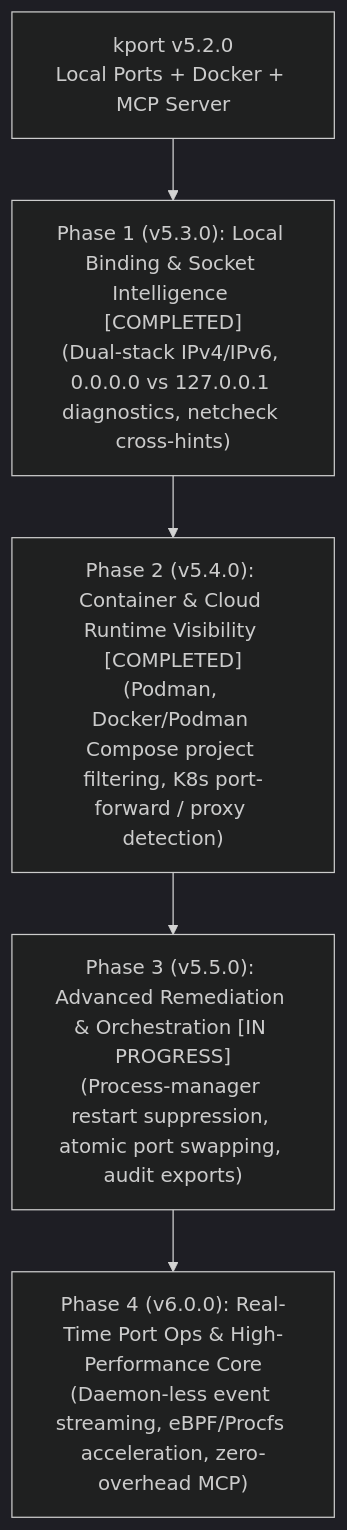
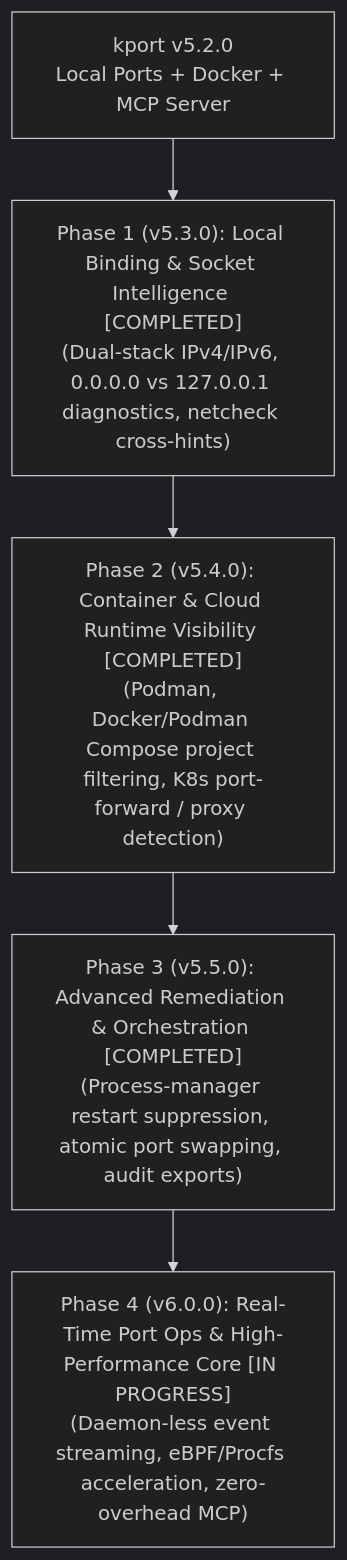
Before and after one commit to farman20ali/kport: the diagram in ROADMAP.md, drawn with Mermaid (dark theme). The commit also changed other lines of this file and 7 other files, not shown here.

Commit message:
feat: complete Phase 3 - advanced remediation, service-aware kill, atomic swap, SIEM audit, Windows fix

````diff
--- a/ROADMAP.md
+++ b/ROADMAP.md
@@ -76,7 +76,7 @@
 ```mermaid
 flowchart TD
     Current["kport v5.2.0\nLocal Ports + Docker + MCP Server"] --> Phase1["Phase 1 (v5.3.0): Local Binding & Socket Intelligence [COMPLETED]\n(Dual-stack IPv4/IPv6, 0.0.0.0 vs 127.0.0.1 diagnostics, netcheck cross-hints)"]
     Phase1 --> Phase2["Phase 2 (v5.4.0): Container & Cloud Runtime Visibility [COMPLETED]\n(Podman, Docker/Podman Compose project filtering, K8s port-forward / proxy detection)"]
-    Phase2 --> Phase3["Phase 3 (v5.5.0): Advanced Remediation & Orchestration [IN PROGRESS]\n(Process-manager restart suppression, atomic port swapping, audit exports)"]
-    Phase3 --> Phase4["Phase 4 (v6.0.0): Real-Time Port Ops & High-Performance Core\n(Daemon-less event streaming, eBPF/Procfs acceleration, zero-overhead MCP)"]
+    Phase2 --> Phase3["Phase 3 (v5.5.0): Advanced Remediation & Orchestration [COMPLETED]\n(Process-manager restart suppression, atomic port swapping, audit exports)"]
+    Phase3 --> Phase4["Phase 4 (v6.0.0): Real-Time Port Ops & High-Performance Core [IN PROGRESS]\n(Daemon-less event streaming, eBPF/Procfs acceleration, zero-overhead MCP)"]
 ```
````
